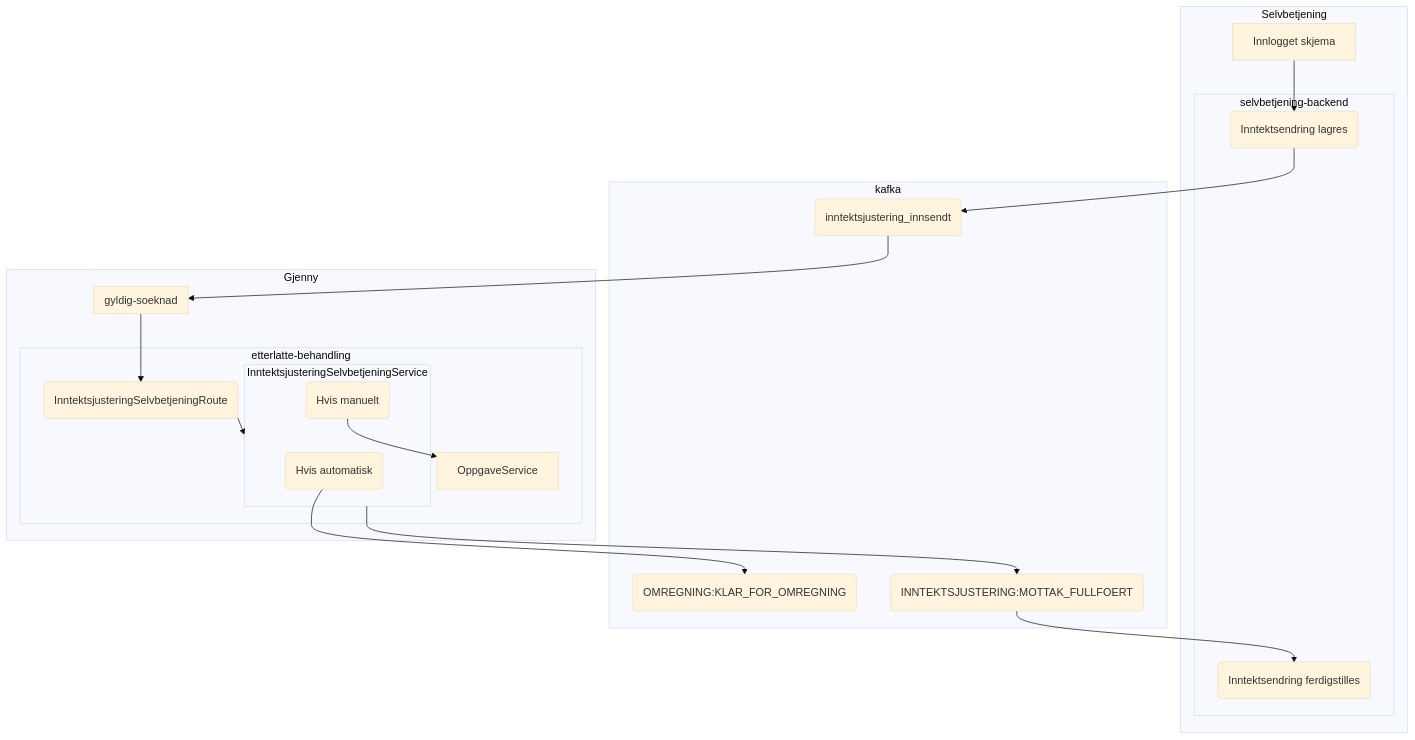
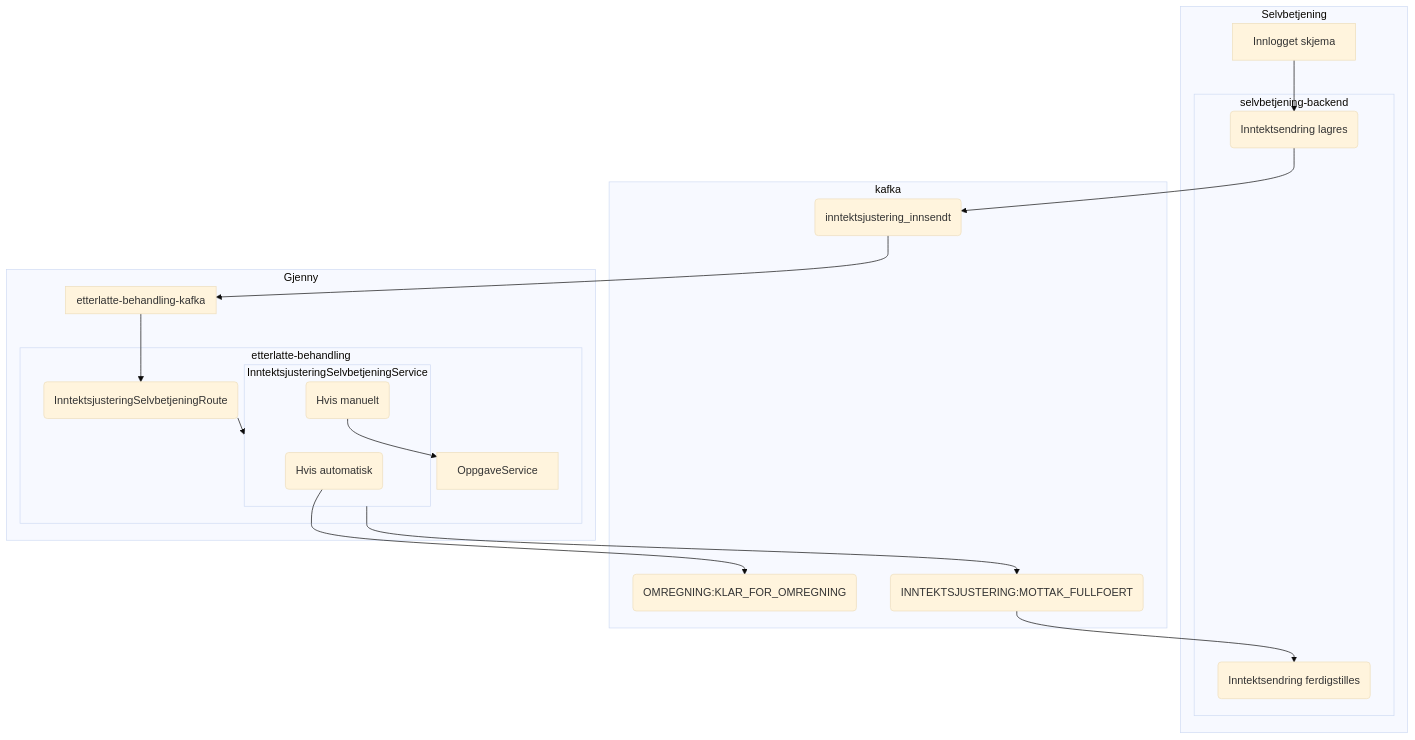
Before and after one commit to navikt/pensjon-etterlatte-saksbehandling: the first of 2 diagrams in libs/etterlatte-inntektsjustering-model/README.md, drawn with Mermaid (base theme). The commit also changed 60 other files, not shown here.

Commit message:
EY-4966 Flytte gyldig-soeknad til behandling-kafka

````diff
--- a/libs/etterlatte-inntektsjustering-model/README.md
+++ b/libs/etterlatte-inntektsjustering-model/README.md
@@ -21,43 +21,43 @@
 ```mermaid
 flowchart TB
     subgraph Selvbetjening
         ui[Innlogget skjema]
         subgraph selvbetjening-backend
             selvbetjening-motta(Inntektsendring lagres)
             selvbetjening-fullfoert(Inntektsendring ferdigstilles)
         end
 
         ui --> selvbetjening-motta
     end
 
     subgraph kafka
         kafka-innsendt(inntektsjustering_innsendt)
         kafka-omregning(OMREGNING:KLAR_FOR_OMREGNING)
         kafka-fullfoert(INNTEKTSJUSTERING:MOTTAK_FULLFOERT)
     end
 
     subgraph Gjenny
-        subgraph gyldig-soeknad
+        subgraph etterlatte-behandling-kafka
 
         end
         subgraph etterlatte-behandling
             behandling-route(InntektsjusteringSelvbetjeningRoute)
             subgraph InntektsjusteringSelvbetjeningService
                 service-automatisk(Hvis automatisk)
                 service-manuelt(Hvis manuelt)
             end
             OppgaveService
             behandling-route --> InntektsjusteringSelvbetjeningService
             service-manuelt --> OppgaveService
         end
 
-        gyldig-soeknad --> behandling-route
+        etterlatte-behandling-kafka --> behandling-route
     end
 
     selvbetjening-motta --> kafka-innsendt
-    kafka-innsendt --> gyldig-soeknad
+    kafka-innsendt --> etterlatte-behandling-kafka
     service-automatisk --> kafka-omregning
     InntektsjusteringSelvbetjeningService --> kafka-fullfoert
     kafka-fullfoert --> selvbetjening-fullfoert
 
 ```
````
